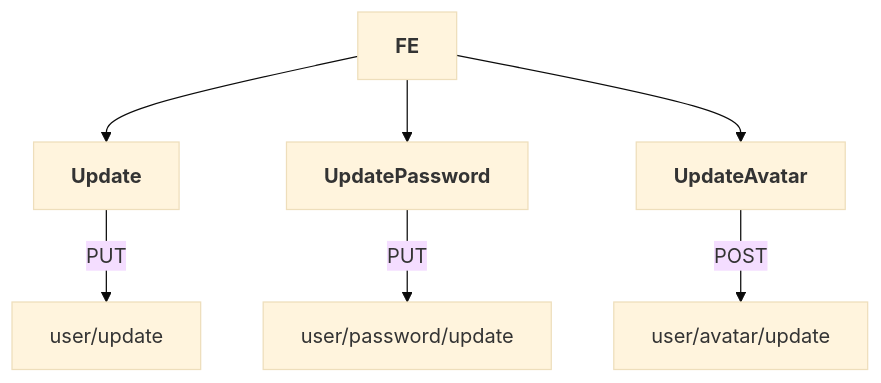
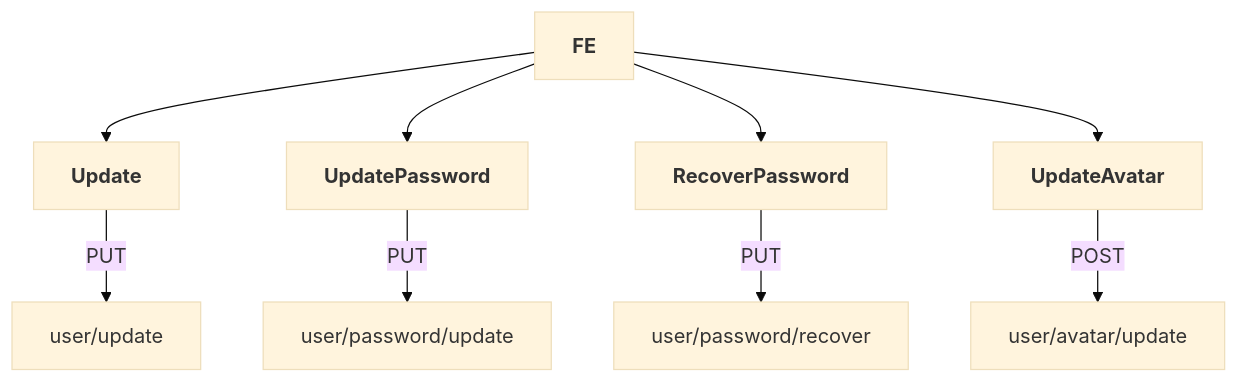
One commit to Karmello/ask-the-world-api changed the sixth of 12 diagrams in README.md. Above: the diagram before and after it, drawn with Mermaid (base theme). The commit also changed other lines of this file, not shown here.

````diff
--- a/README.md
+++ b/README.md
@@ -46,6 +49,7 @@
 ```mermaid
 flowchart
 ROOT[<b>FE</b>] --> A1[<b>Update</b>] --> |PUT|A2[user/update]
 ROOT --> B1[<b>UpdatePassword</b>] --> |PUT|B2[user/password/update]
-ROOT --> C1[<b>UpdateAvatar</b>] --> |POST|C2[user/avatar/update]
+ROOT --> C1[<b>RecoverPassword</b>] --> |PUT|C2[user/password/recover]
+ROOT --> D1[<b>UpdateAvatar</b>] --> |POST|D2[user/avatar/update]
 ```
````
